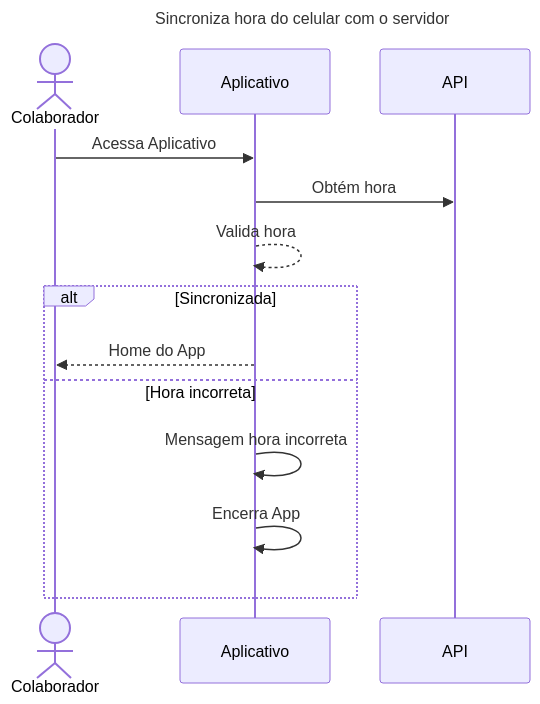
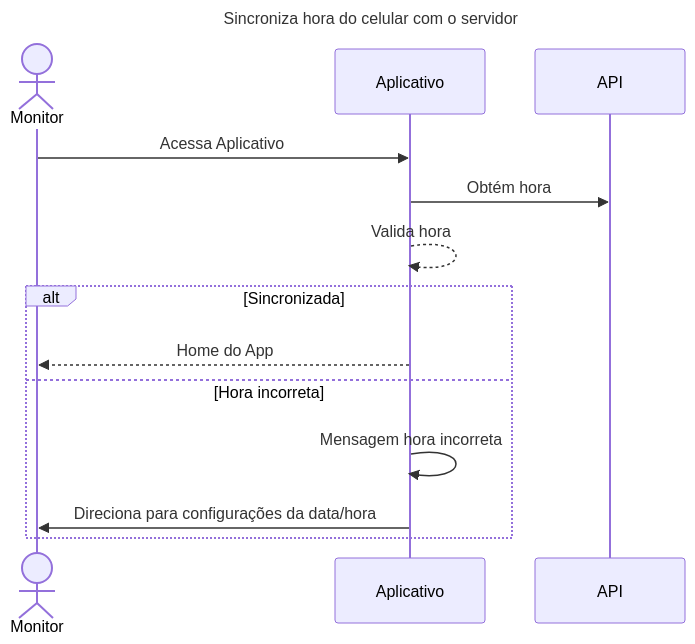
The diagram in designer/diagrams/features/sync_hour.md (brgilsonsp/corrida_familia_piba), drawn with Mermaid before and after one commit. The commit also changed 15 other files, not shown here.

````diff
--- a/designer/diagrams/features/sync_hour.md
+++ b/designer/diagrams/features/sync_hour.md
@@ -1,18 +1,18 @@
 ```mermaid
 sequenceDiagram
     title Sincroniza hora do celular com o servidor
 
-    actor Colaborador as Colaborador
+    actor Monitor as Monitor
     participant Aplicativo as Aplicativo
     participant API as API
 
-    Colaborador->>Aplicativo: Acessa Aplicativo
+    Monitor->>Aplicativo: Acessa Aplicativo
     Aplicativo->>API: Obtém hora
     Aplicativo-->>Aplicativo: Valida hora
     alt Sincronizada
-        Aplicativo-->>Colaborador: Home do App
+        Aplicativo-->>Monitor: Home do App
     else Hora incorreta
         Aplicativo->>Aplicativo: Mensagem hora incorreta
-        Aplicativo->>Aplicativo: Encerra App
+        Aplicativo->>Monitor: Direciona para configurações da data/hora
     end
 ```
````
